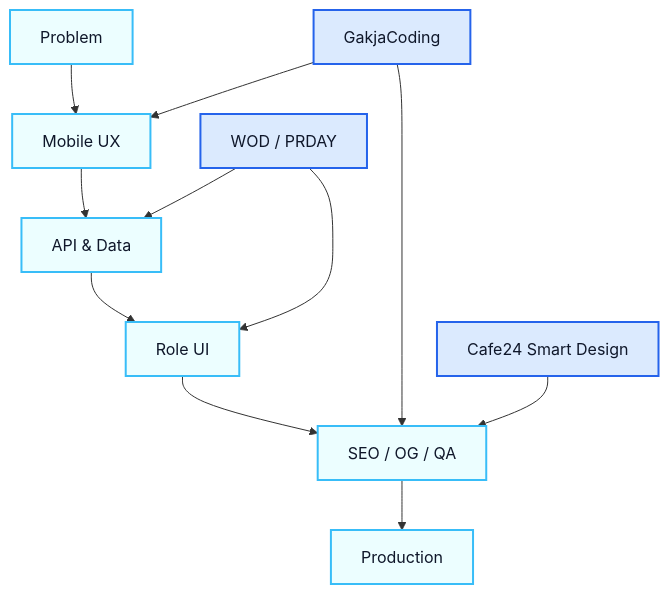
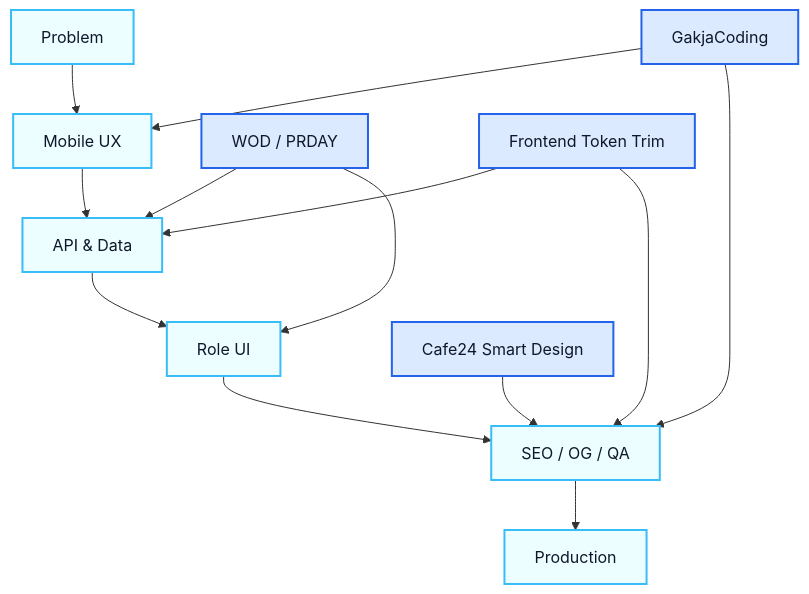
Before and after one commit to kimyoungwopo/kimyoungwopo: the diagram in README.md, drawn with Mermaid. The commit also changed other lines of this file, not shown here.

Commit message:
Add frontend token trim skillpack to profile

````diff
--- a/README.md
+++ b/README.md
@@ -123,19 +125,21 @@
 ```mermaid
 flowchart TD
   A[Problem] --> B[Mobile UX]
   B --> C[API & Data]
   C --> D[Role UI]
   D --> E[SEO / OG / QA]
   E --> F[Production]
 
   G[GakjaCoding] --> B
   G --> E
   W[WOD / PRDAY] --> C
   W --> D
   CAFE[Cafe24 Smart Design] --> E
+  TOKEN[Frontend Token Trim] --> C
+  TOKEN --> E
 
   classDef product fill:#DBEAFE,stroke:#2563EB,color:#0F172A,stroke-width:2px;
   classDef system fill:#ECFEFF,stroke:#38BDF8,color:#0F172A,stroke-width:2px;
-  class G,W,CAFE product;
+  class G,W,CAFE,TOKEN product;
   class A,B,C,D,E,F system;
 ```
````
